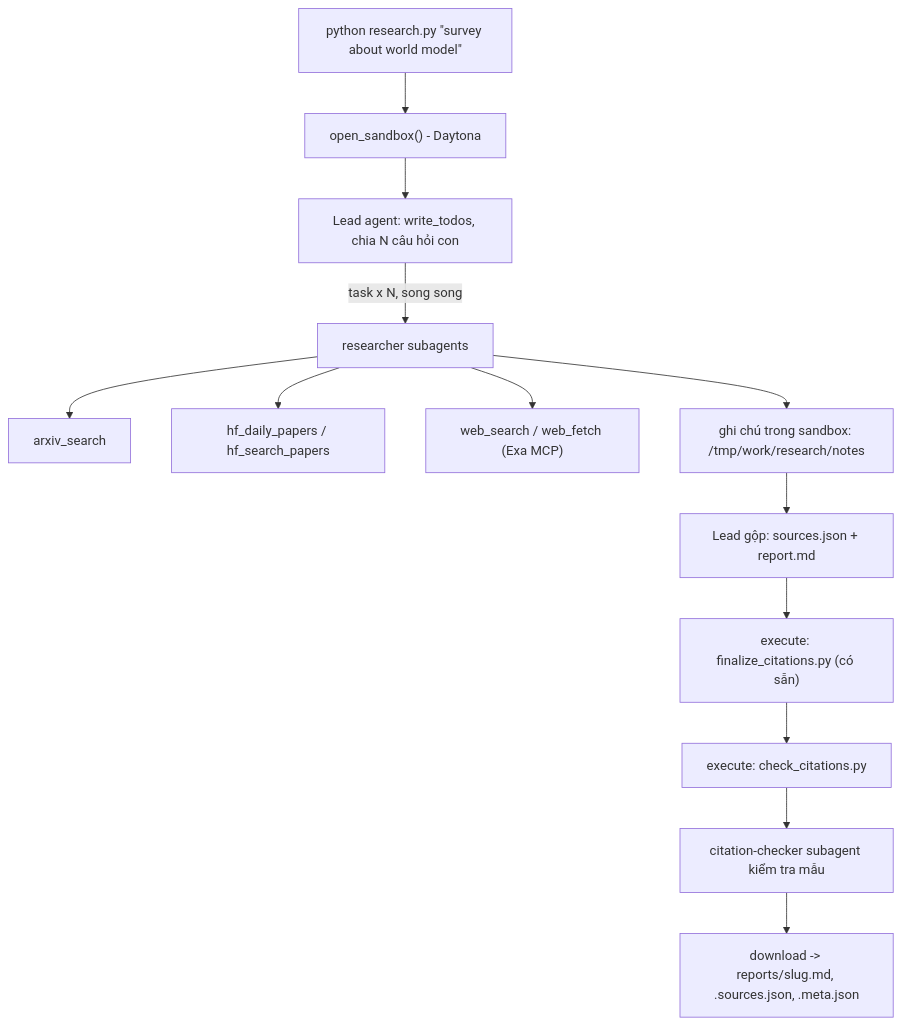
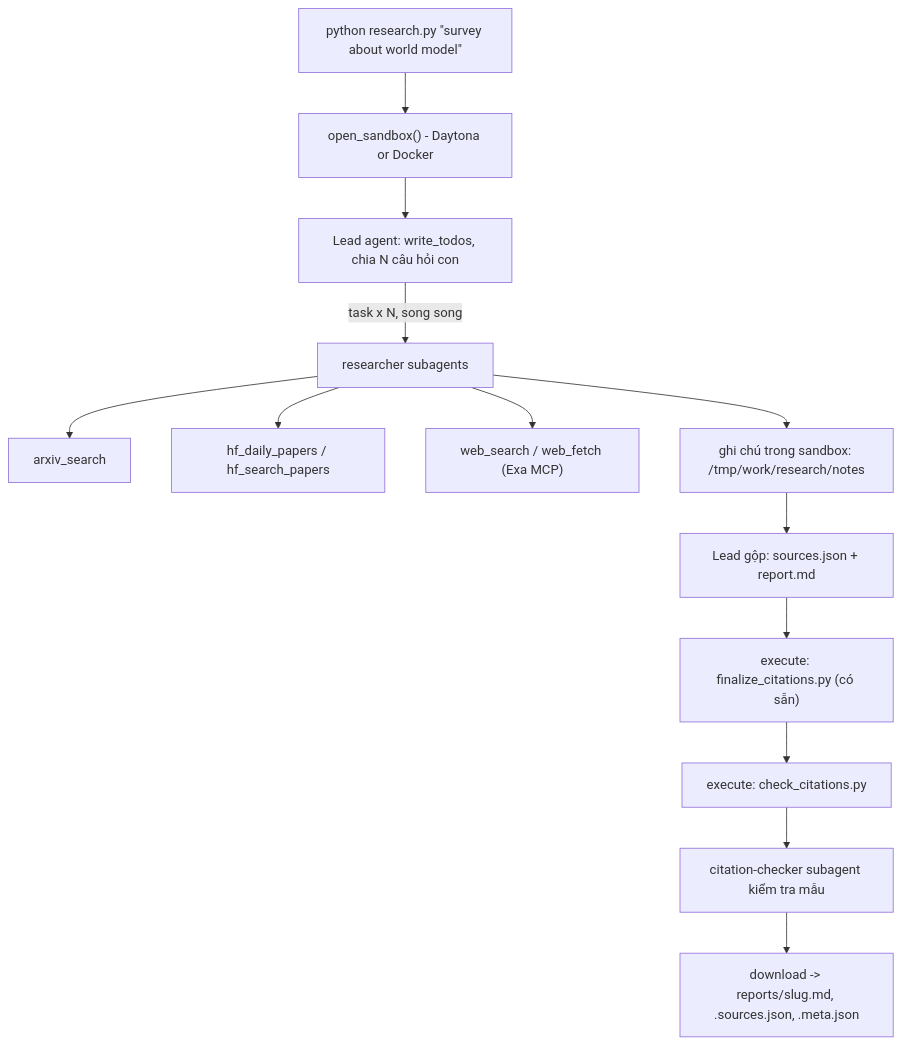
One commit to LeeNa0909/K4-Track3-Day23-NguyenThiLeNa-2A202602501 changed the diagram in README.md. Above: the diagram before and after it, drawn with Mermaid. The commit also changed other lines of this file and 23 other files, not shown here.

````diff
--- a/README.md
+++ b/README.md
@@ -19,15 +19,15 @@
 ```mermaid
 flowchart TD
-    U["python research.py &quot;survey about world model&quot;"] --> S["open_sandbox() - Daytona"]
+    U["python research.py &quot;survey about world model&quot;"] --> S["open_sandbox() - Daytona or Docker"]
     S --> L["Lead agent: write_todos, chia N câu hỏi con"]
     L -->|task x N, song song| R["researcher subagents"]
     R --> T1["arxiv_search"]
     R --> T2["hf_daily_papers / hf_search_papers"]
     R --> T3["web_search / web_fetch (Exa MCP)"]
     R --> N["ghi chú trong sandbox: /tmp/work/research/notes"]
     N --> M["Lead gộp: sources.json + report.md"]
     M --> F["execute: finalize_citations.py (có sẵn)"]
     F --> V["execute: check_citations.py"]
     V --> C["citation-checker subagent kiểm tra mẫu"]
     C --> D["download -> reports/slug.md, .sources.json, .meta.json"]
 ```
````
